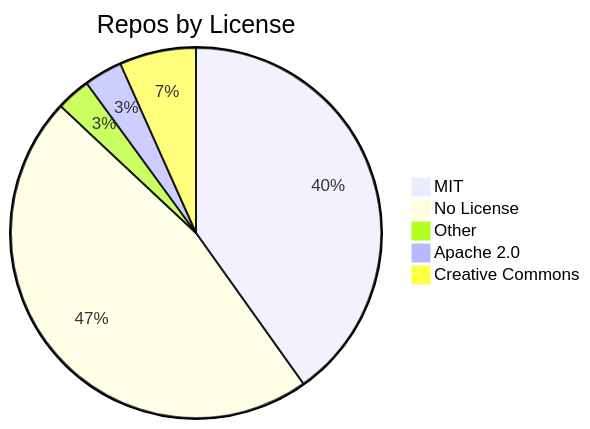
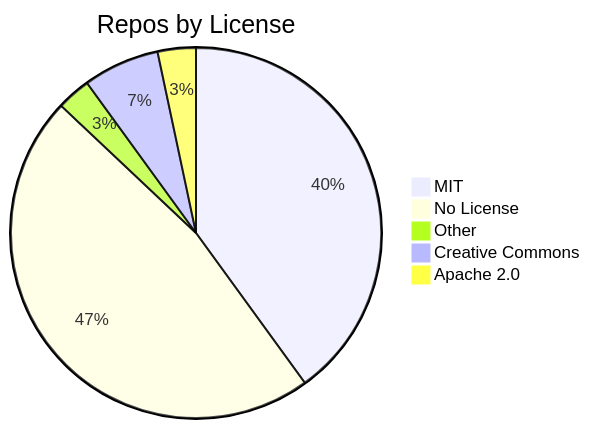
The diagram in README.md (jpatterson933/awesome-mcp-server-repo-index), drawn with Mermaid before and after one commit. The commit also changed other lines of this file and 3 other files, not shown here.

````diff
--- a/README.md
+++ b/README.md
@@ -29,8 +29,8 @@
 ```mermaid
 pie title Repos by License
     "MIT" : 108
-    "No License" : 126
+    "No License" : 127
     "Other" : 8
+    "Creative Commons" : 18
     "Apache 2.0" : 9
-    "Creative Commons" : 18
 ```
````
